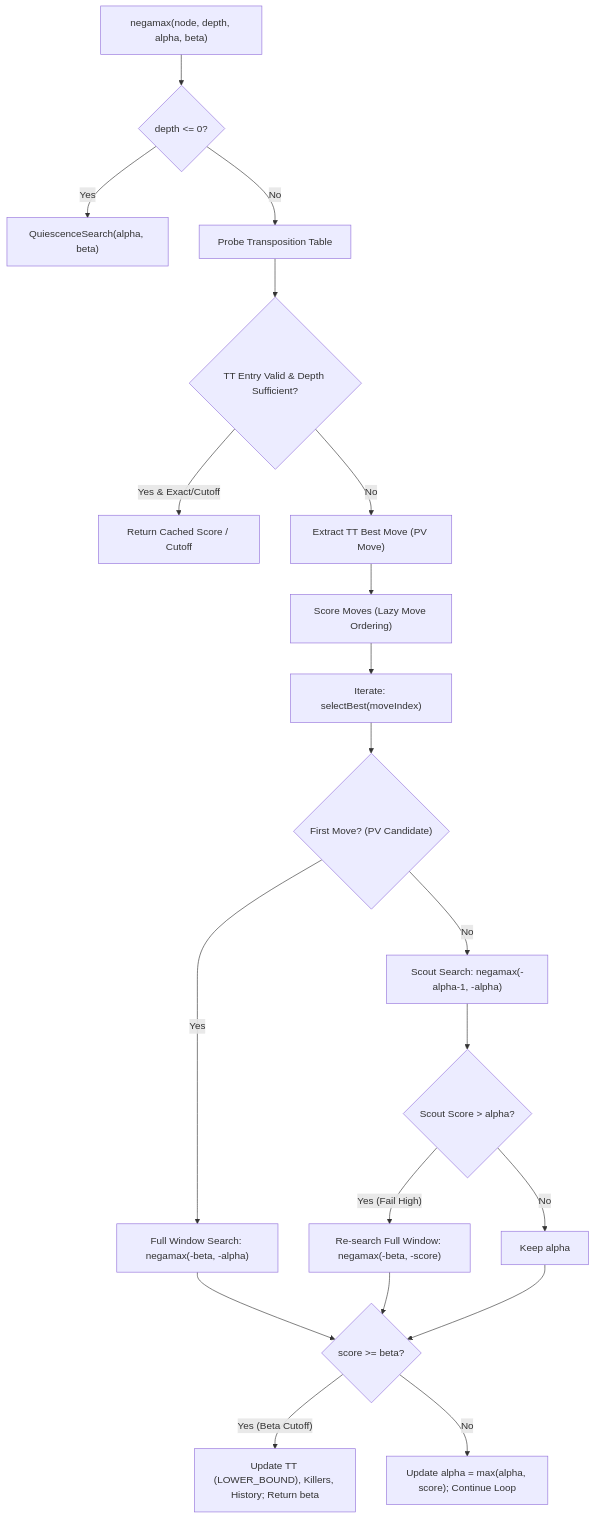
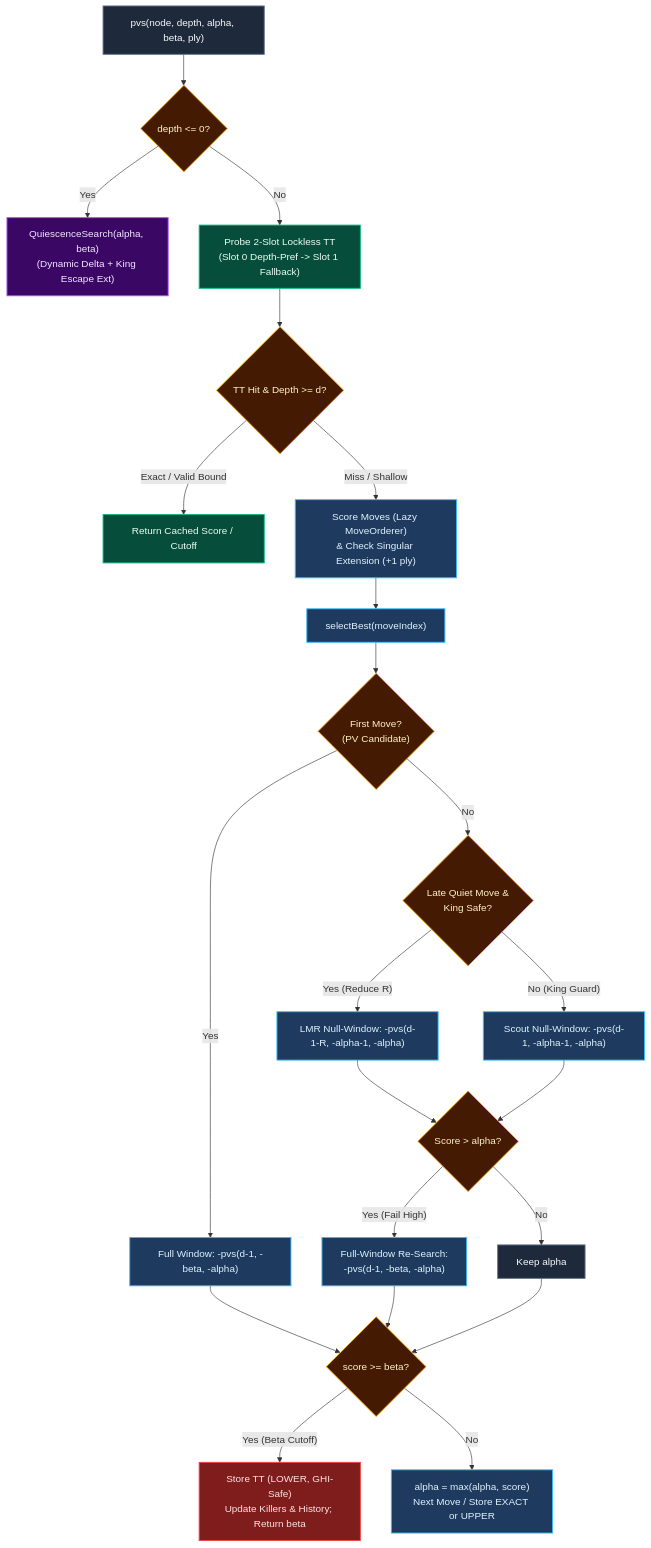
Before and after one commit to MercuryDCD/Tablut-FundamentalsAIMASTER: the diagram in docs/wiki/02-Search-and-Pruning-Algorithms.md, drawn with Mermaid. The commit also changed 14 other files, not shown here.

Commit message:
docs: upgrade README and wiki with vector SVG diagrams and styled Mermaid charts

````diff
--- a/docs/wiki/02-Search-and-Pruning-Algorithms.md
+++ b/docs/wiki/02-Search-and-Pruning-Algorithms.md
@@ -36,28 +36,37 @@
 ```mermaid
 flowchart TD
-    A["negamax(node, depth, alpha, beta)"] --> B{"depth <= 0?"}
-    B -- "Yes" --> C["QuiescenceSearch(alpha, beta)"]
-    B -- "No" --> D["Probe Transposition Table"]
-    
-    D --> E{"TT Entry Valid & Depth Sufficient?"}
-    E -- "Yes & Exact/Cutoff" --> F["Return Cached Score / Cutoff"]
-    E -- "No" --> G["Extract TT Best Move (PV Move)"]
-    
-    G --> H["Score Moves (Lazy Move Ordering)"]
-    H --> I["Iterate: selectBest(moveIndex)"]
-    
-    I --> J{"First Move? (PV Candidate)"}
-    J -- "Yes" --> K["Full Window Search: negamax(-beta, -alpha)"]
-    J -- "No" --> L["Scout Search: negamax(-alpha-1, -alpha)"]
-    
-    L --> M{"Scout Score > alpha?"}
-    M -- "Yes (Fail High)" --> N["Re-search Full Window: negamax(-beta, -score)"]
-    M -- "No" --> O["Keep alpha"]
-    
-    K --> P{"score >= beta?"}
+    classDef entry fill:#1e293b,stroke:#64748b,color:#f8fafc,stroke-width:1.5px
+    classDef tt fill:#064e3b,stroke:#10b981,color:#ecfdf5,stroke-width:1.5px
+    classDef pvs fill:#1e3a5f,stroke:#38bdf8,color:#e0f2fe,stroke-width:1.5px
+    classDef qs fill:#3b0764,stroke:#a855f7,color:#f3e8ff,stroke-width:1.5px
+    classDef dec fill:#451a03,stroke:#f59e0b,color:#fef3c7,stroke-width:1.5px
+    classDef cut fill:#7f1d1d,stroke:#ef4444,color:#fee2e2,stroke-width:1.5px
+
+    A["pvs(node, depth, alpha, beta, ply)"]:::entry --> B{"depth <= 0?"}:::dec
+    B -- "Yes" --> C["QuiescenceSearch(alpha, beta)<br/>(Dynamic Delta + King Escape Ext)"]:::qs
+    B -- "No" --> D["Probe 2-Slot Lockless TT<br/>(Slot 0 Depth-Pref -> Slot 1 Fallback)"]:::tt
+
+    D --> E{"TT Hit &amp; Depth >= d?"}:::dec
+    E -- "Exact / Valid Bound" --> F["Return Cached Score / Cutoff"]:::tt
+    E -- "Miss / Shallow" --> G["Score Moves (Lazy MoveOrderer)<br/>&amp; Check Singular Extension (+1 ply)"]:::pvs
+
+    G --> I["selectBest(moveIndex)"]:::pvs
+    I --> J{"First Move?<br/>(PV Candidate)"}:::dec
+    J -- "Yes" --> K["Full Window: -pvs(d-1, -beta, -alpha)"]:::pvs
+    J -- "No" --> LMR{"Late Quiet Move &amp;<br/>King Safe?"}:::dec
+
+    LMR -- "Yes (Reduce R)" --> L1["LMR Null-Window: -pvs(d-1-R, -alpha-1, -alpha)"]:::pvs
+    LMR -- "No (King Guard)" --> L2["Scout Null-Window: -pvs(d-1, -alpha-1, -alpha)"]:::pvs
+
+    L1 --> M{"Score > alpha?"}:::dec
+    L2 --> M
+    M -- "Yes (Fail High)" --> N["Full-Window Re-Search:<br/>-pvs(d-1, -beta, -alpha)"]:::pvs
+    M -- "No" --> O["Keep alpha"]:::entry
+
+    K --> P{"score >= beta?"}:::dec
     N --> P
     O --> P
-    
-    P -- "Yes (Beta Cutoff)" --> Q["Update TT (LOWER_BOUND), Killers, History; Return beta"]
-    P -- "No" --> R["Update alpha = max(alpha, score); Continue Loop"]
+
+    P -- "Yes (Beta Cutoff)" --> Q["Store TT (LOWER, GHI-Safe)<br/>Update Killers &amp; History; Return beta"]:::cut
+    P -- "No" --> R["alpha = max(alpha, score)<br/>Next Move / Store EXACT or UPPER"]:::pvs
 ```
````
